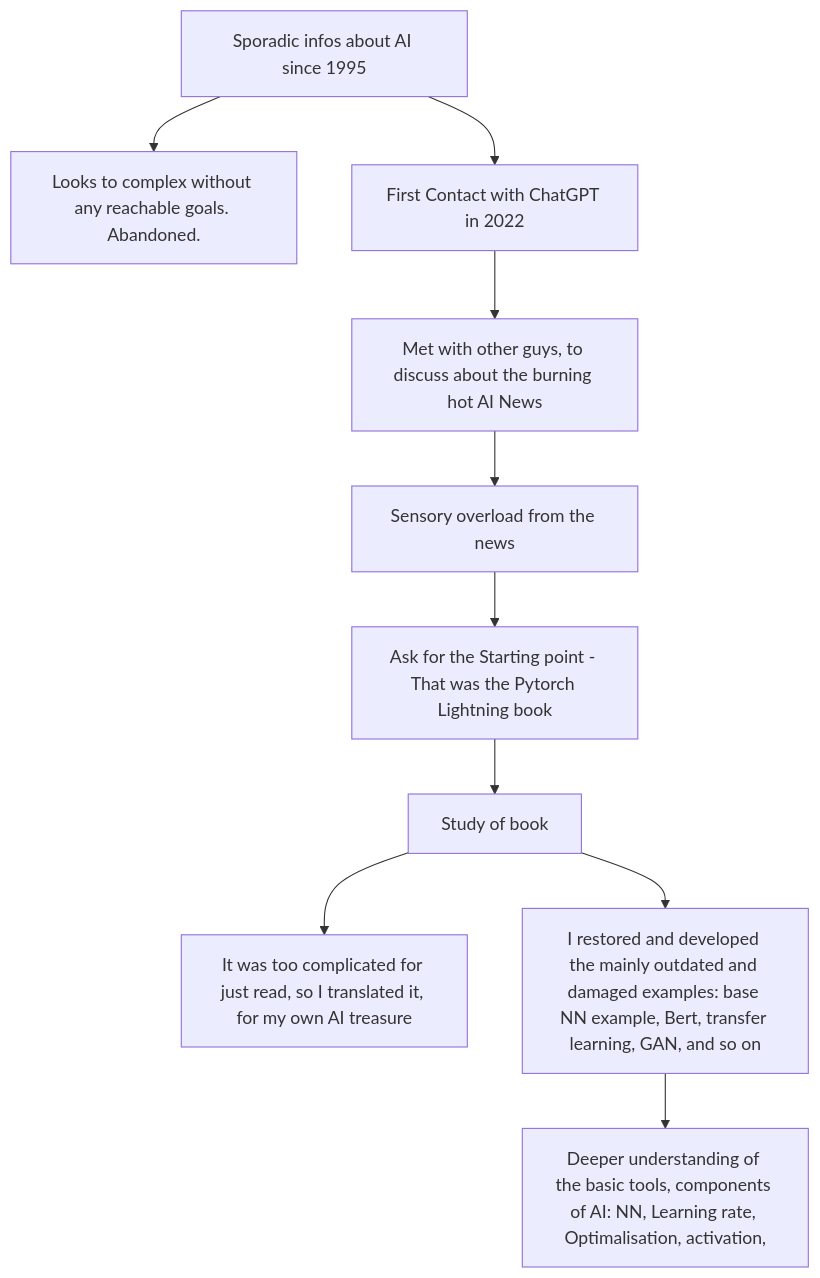
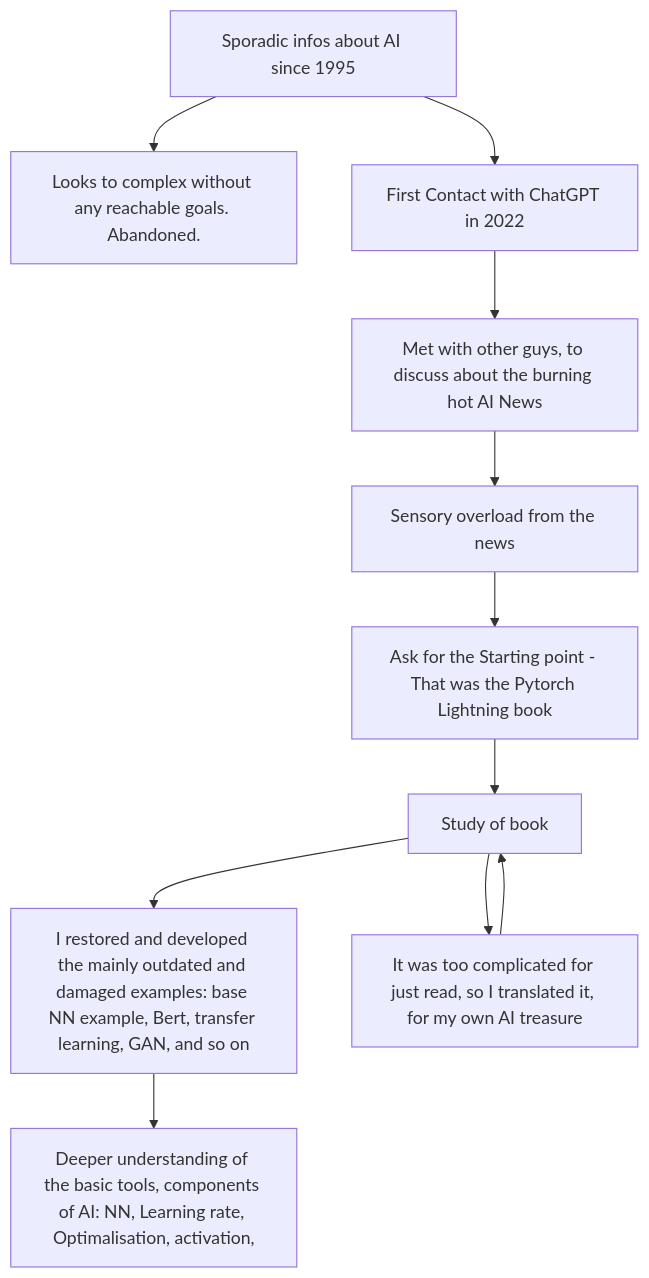
One commit to vmistvan/VMI_CV_AI changed the diagram in README.md. Above: the diagram before and after it, drawn with Mermaid.

````diff
--- a/README.md
+++ b/README.md
@@ -3,13 +3,14 @@
 ```mermaid
 graph TD
     A[Sporadic infos about AI since 1995] --> B[Looks to complex without any reachable goals. Abandoned.]
     A --> C[First Contact with ChatGPT in 2022]
     C --> D[Met with other guys, to discuss about the burning hot AI News]
     D --> E[Sensory overload from the news]
     E --> F[Ask for the Starting point - That was the Pytorch Lightning book]
     F --> G[Study of book]
+    G --> I[I restored and developed the mainly outdated and damaged examples: base NN example, Bert, transfer learning, GAN, and so on]
     G --> H[It was too complicated for just read, so I translated it, for my own AI treasure]
-    G --> I[I restored and developed the mainly outdated and damaged examples: base NN example, Bert, transfer learning, GAN, and so on]
+    H --> G
     I --> J[Deeper understanding of the basic tools, components of AI: NN, Learning rate, Optimalisation, activation, ]
     
 ```
````
